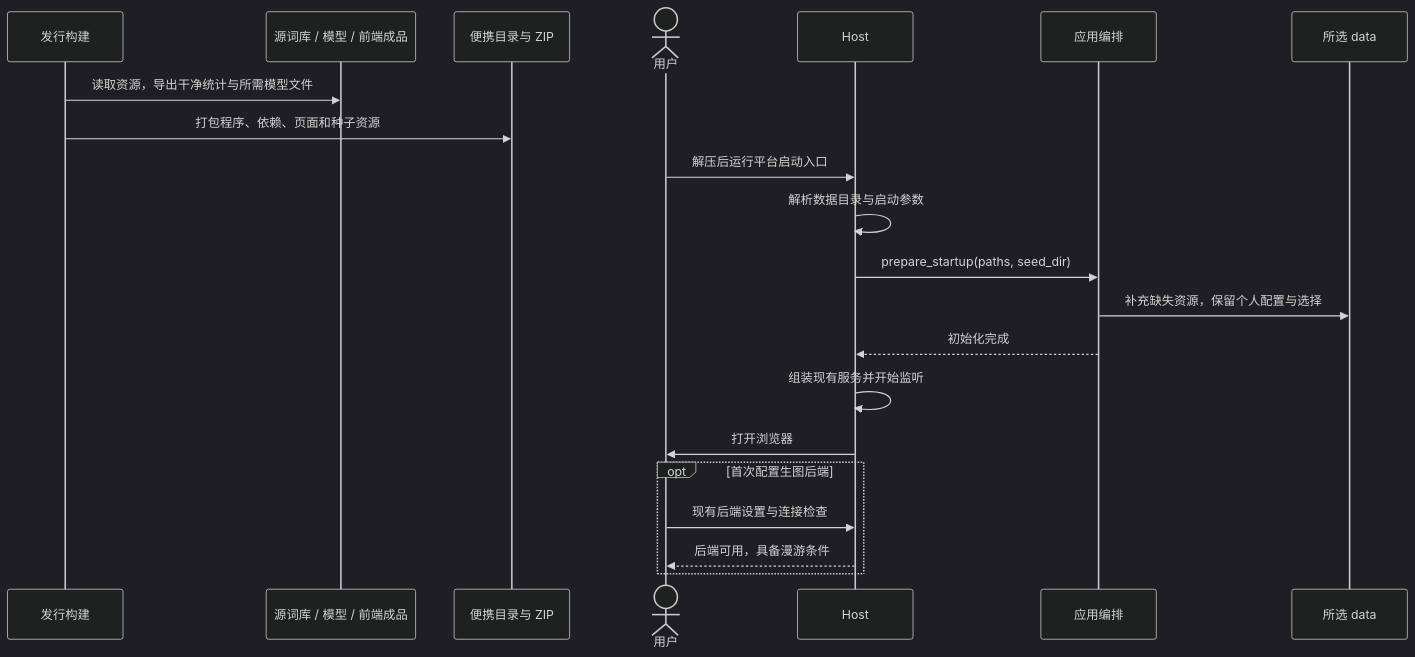
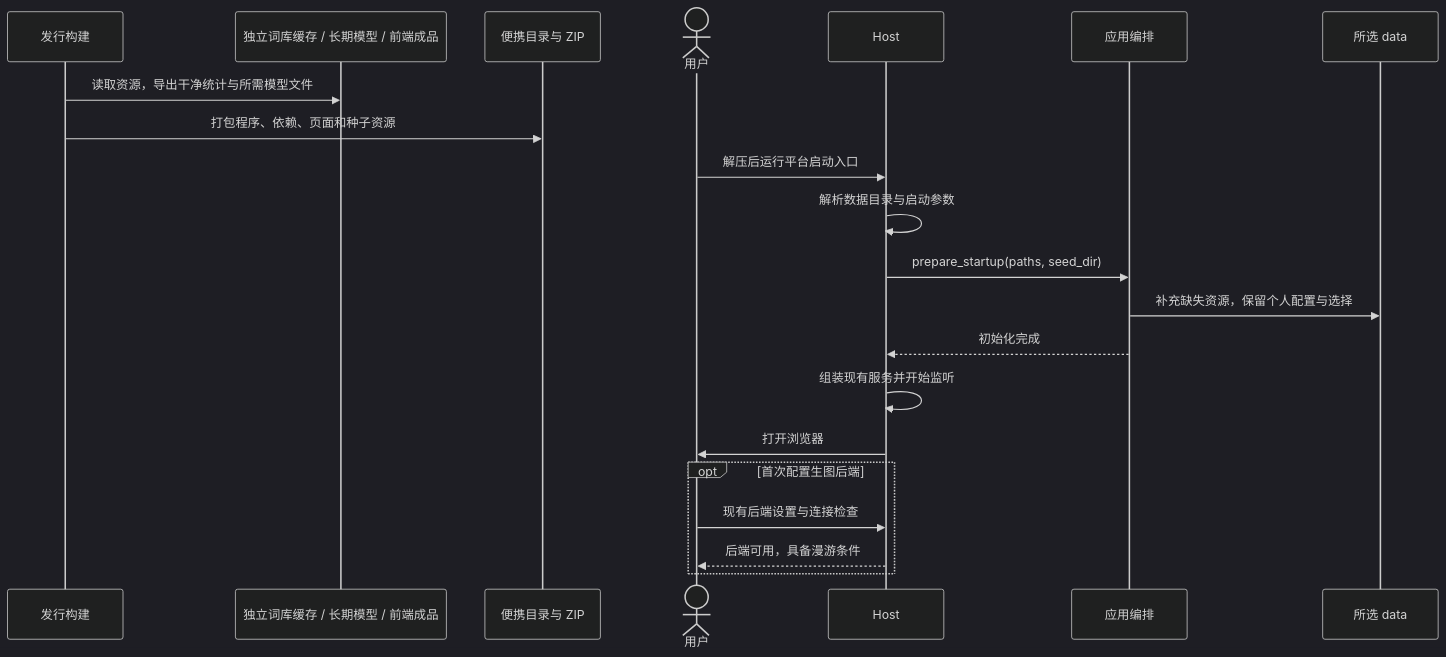
One commit to Lykr/pictide changed the second of 2 diagrams in docs/dev/issues/automatic-startup.md. Above: the diagram before and after it, drawn with Mermaid (dark theme). The commit also changed other lines of this file and 16 other files, not shown here.

````diff
--- a/docs/dev/issues/automatic-startup.md
+++ b/docs/dev/issues/automatic-startup.md
@@ -60,23 +60,23 @@
 ```mermaid
 sequenceDiagram
     participant Dev as 发行构建
-    participant Source as 源词库 / 模型 / 前端成品
+    participant Source as 独立词库缓存 / 长期模型 / 前端成品
     participant Package as 便携目录与 ZIP
     actor User as 用户
     participant Host as Host
     participant App as 应用编排
     participant Data as 所选 data
     Dev->>Source: 读取资源，导出干净统计与所需模型文件
     Dev->>Package: 打包程序、依赖、页面和种子资源
     User->>Host: 解压后运行平台启动入口
     Host->>Host: 解析数据目录与启动参数
     Host->>App: prepare_startup(paths, seed_dir)
     App->>Data: 补充缺失资源，保留个人配置与选择
     App-->>Host: 初始化完成
     Host->>Host: 组装现有服务并开始监听
     Host->>User: 打开浏览器
     opt 首次配置生图后端
         User->>Host: 现有后端设置与连接检查
         Host-->>User: 后端可用，具备漫游条件
     end
 ```
````
